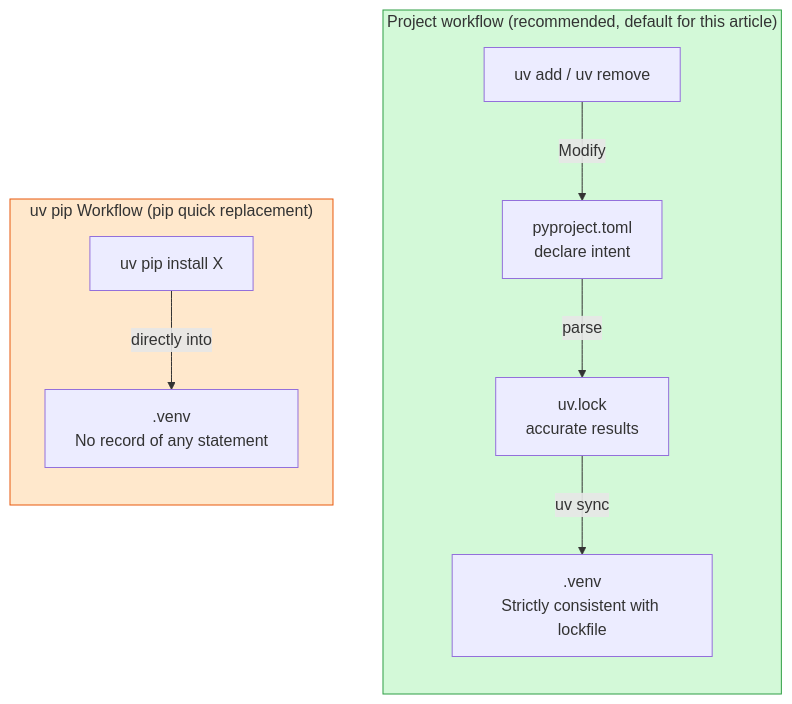
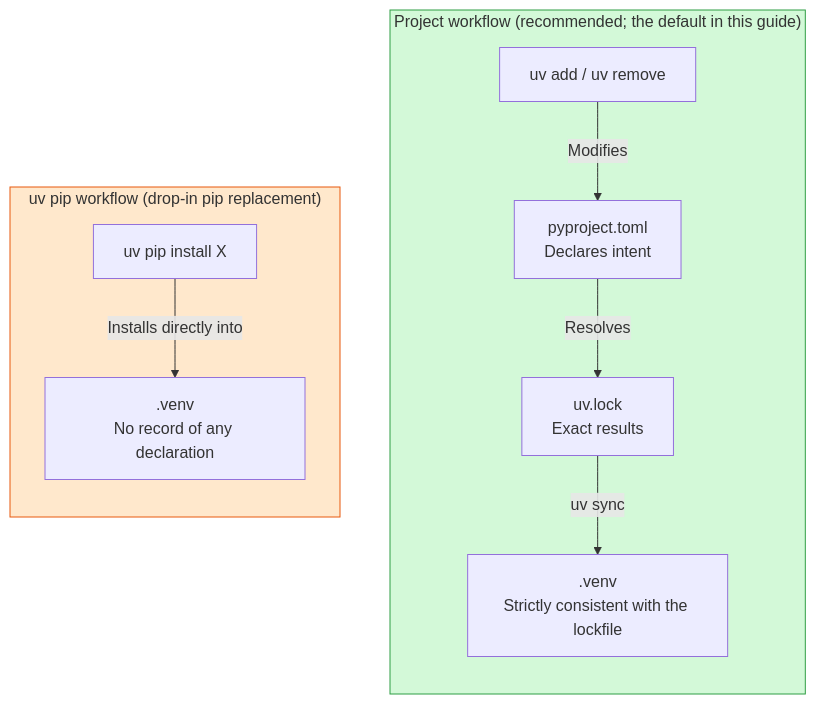
One commit to TingdeLiu/tingdeliu.github.io changed the ninth of 22 diagrams in _translations/en/research/Python-Engineering-Survey.md. Above: the diagram before and after it, drawn with Mermaid. The commit also changed other lines of this file and 51 other files, not shown here.

````diff
--- a/_translations/en/research/Python-Engineering-Survey.md
+++ b/_translations/en/research/Python-Engineering-Survey.md
@@ -646,15 +646,15 @@
 ```mermaid
 flowchart TB
-    subgraph PROJ["Project workflow (recommended, default for this article)"]
+    subgraph PROJ["Project workflow (recommended; the default in this guide)"]
         direction TB
-        A1["uv add / uv remove"] -->|"Modify"| A2["pyproject.toml<br/>declare intent"]
-        A2 -->|"parse"| A3["uv.lock<br/>accurate results"]
-        A3 -->|"uv sync"| A4[".venv<br/>Strictly consistent with lockfile"]
+        A1["uv add / uv remove"] -->|"Modifies"| A2["pyproject.toml<br/>Declares intent"]
+        A2 -->|"Resolves"| A3["uv.lock<br/>Exact results"]
+        A3 -->|"uv sync"| A4[".venv<br/>Strictly consistent with the lockfile"]
     end
-    subgraph PIP["uv pip Workflow (pip quick replacement)"]
+    subgraph PIP["uv pip workflow (drop-in pip replacement)"]
         direction TB
-        B1["uv pip install X"] -->|"directly into"| B2[".venv<br/>No record of any statement"]
+        B1["uv pip install X"] -->|"Installs directly into"| B2[".venv<br/>No record of any declaration"]
     end
     style PROJ fill:#d3f9d8,stroke:#2f9e44
     style PIP fill:#ffe8cc,stroke:#e8590c
 ```
````
